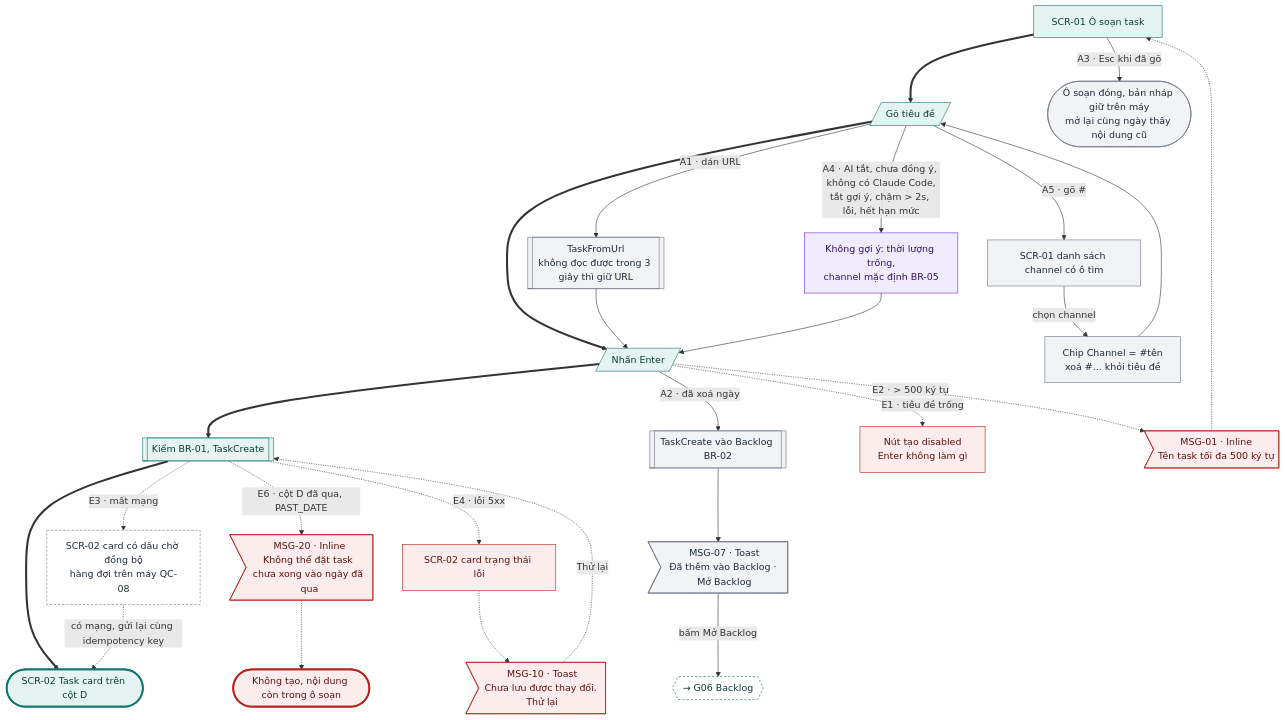
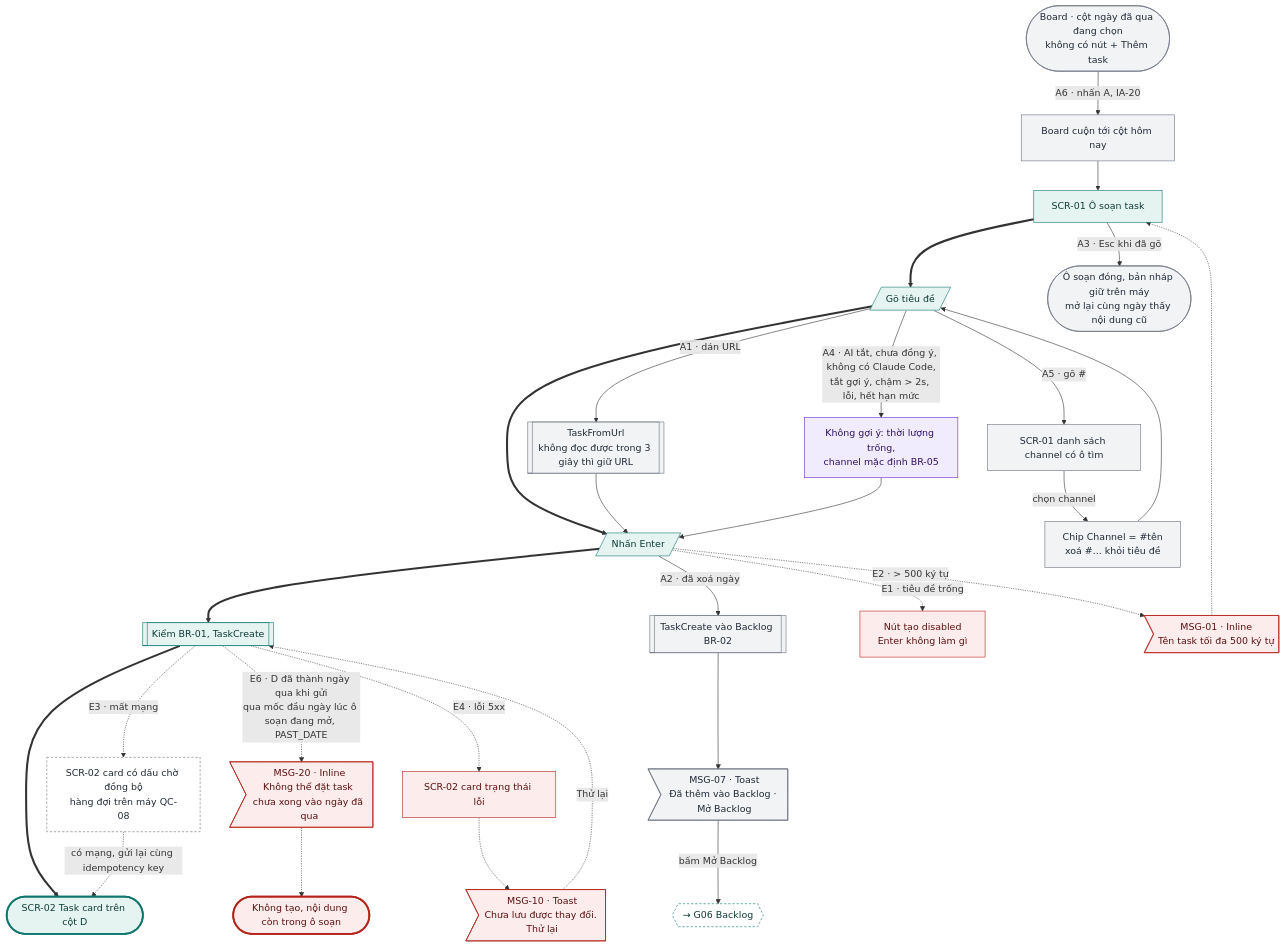
Before and after one commit to tannguyenho/personal-app: the second of 15 diagrams in docs/design-brief/flow/g02-quan-ly-task.md, drawn with Mermaid. The commit also changed other lines of this file and 5 other files, not shown here.

First line of the commit message:
docs: đưa IA-05, IA-15, IA-17, IA-19, IA-20 vào use case và flow

````diff
--- a/docs/design-brief/flow/g02-quan-ly-task.md
+++ b/docs/design-brief/flow/g02-quan-ly-task.md
@@ -59,51 +59,53 @@
 ```mermaid
 flowchart TD
   s1["SCR-01 Ô soạn task"]
   u2[/"Gõ tiêu đề"/]
   u3[/"Nhấn Enter"/]
   p2[["Kiểm BR-01, TaskCreate"]]
   ok(["SCR-02 Task card trên cột D"])
 
   s1 ==> u2 ==> u3 ==> p2 ==> ok
 
   u2 -->|"A1 · dán URL"| a1[["TaskFromUrl<br/>không đọc được trong 3 giây thì giữ URL"]]
   a1 --> u3
   u2 -->|"A5 · gõ #"| a5["SCR-01 danh sách channel có ô tìm"]
   a5 -->|"chọn channel"| a5b["Chip Channel = #tên<br/>xoá #... khỏi tiêu đề"]
   a5b --> u2
   u2 -->|"A4 · AI tắt, chưa đồng ý, không có Claude Code,<br/>tắt gợi ý, chậm > 2s, lỗi, hết hạn mức"| a4["Không gợi ý: thời lượng trống,<br/>channel mặc định BR-05"]
   a4 --> u3
   u3 -->|"A2 · đã xoá ngày"| a2[["TaskCreate vào Backlog BR-02"]]
   a2 --> a2m>"MSG-07 · Toast<br/>Đã thêm vào Backlog · Mở Backlog"]
   a2m -->|"bấm Mở Backlog"| a2x{{"→ G06 Backlog"}}
   s1 -->|"A3 · Esc khi đã gõ"| a3(["Ô soạn đóng, bản nháp giữ trên máy<br/>mở lại cùng ngày thấy nội dung cũ"])
+  past(["Board · cột ngày đã qua đang chọn<br/>không có nút + Thêm task"]) -->|"A6 · nhấn A, IA-20"| a6["Board cuộn tới cột hôm nay"]
+  a6 --> s1
 
   u3 -.->|"E1 · tiêu đề trống"| e1["Nút tạo disabled<br/>Enter không làm gì"]
   u3 -.->|"E2 · > 500 ký tự"| e2m>"MSG-01 · Inline<br/>Tên task tối đa 500 ký tự"]
   e2m -.-> s1
-  p2 -.->|"E6 · cột D đã qua, PAST_DATE"| e6m>"MSG-20 · Inline<br/>Không thể đặt task chưa xong vào ngày đã qua"]
+  p2 -.->|"E6 · D đã thành ngày qua khi gửi<br/>qua mốc đầu ngày lúc ô soạn đang mở, PAST_DATE"| e6m>"MSG-20 · Inline<br/>Không thể đặt task chưa xong vào ngày đã qua"]
   e6m -.-> fail(["Không tạo, nội dung còn trong ô soạn"])
   p2 -.->|"E3 · mất mạng"| e3["SCR-02 card có dấu chờ đồng bộ<br/>hàng đợi trên máy QC-08"]
   e3 -.->|"có mạng, gửi lại cùng idempotency key"| ok
   p2 -.->|"E4 · lỗi 5xx"| e4["SCR-02 card trạng thái lỗi"]
   e4 -.-> e4m>"MSG-10 · Toast<br/>Chưa lưu được thay đổi. Thử lại"]
   e4m -.->|"Thử lại"| p2
 
   class s1,u2,u3,p2 happy
-  class a1,a5,a5b,a2,a2m,a3 alt
+  class a1,a5,a5b,a2,a2m,a3,past,a6 alt
   class a4 ai
   class a2x link
   class e1,e2m,e6m,e4,e4m err
   class e3 sync
   class ok done
   class fail fail
   classDef happy fill:#E6F4F1,stroke:#0F766E,color:#0B3B36
   classDef alt fill:#F1F3F5,stroke:#6B7280,color:#1F2937
   classDef err fill:#FDECEC,stroke:#B42318,color:#5C1010
   classDef warn fill:#FEF4E2,stroke:#B45309,color:#4A2604
   classDef ai fill:#F1ECFD,stroke:#6D28D9,color:#2E1065
   classDef sync fill:#FFFFFF,stroke:#6B7280,stroke-dasharray:4 3,color:#1F2937
   classDef link fill:#FFFFFF,stroke:#0F766E,stroke-dasharray:4 3,color:#0B3B36
   classDef done fill:#E6F4F1,stroke:#0F766E,stroke-width:3px,color:#0B3B36
   classDef fail fill:#FDECEC,stroke:#B42318,stroke-width:3px,color:#5C1010
 ```
````
